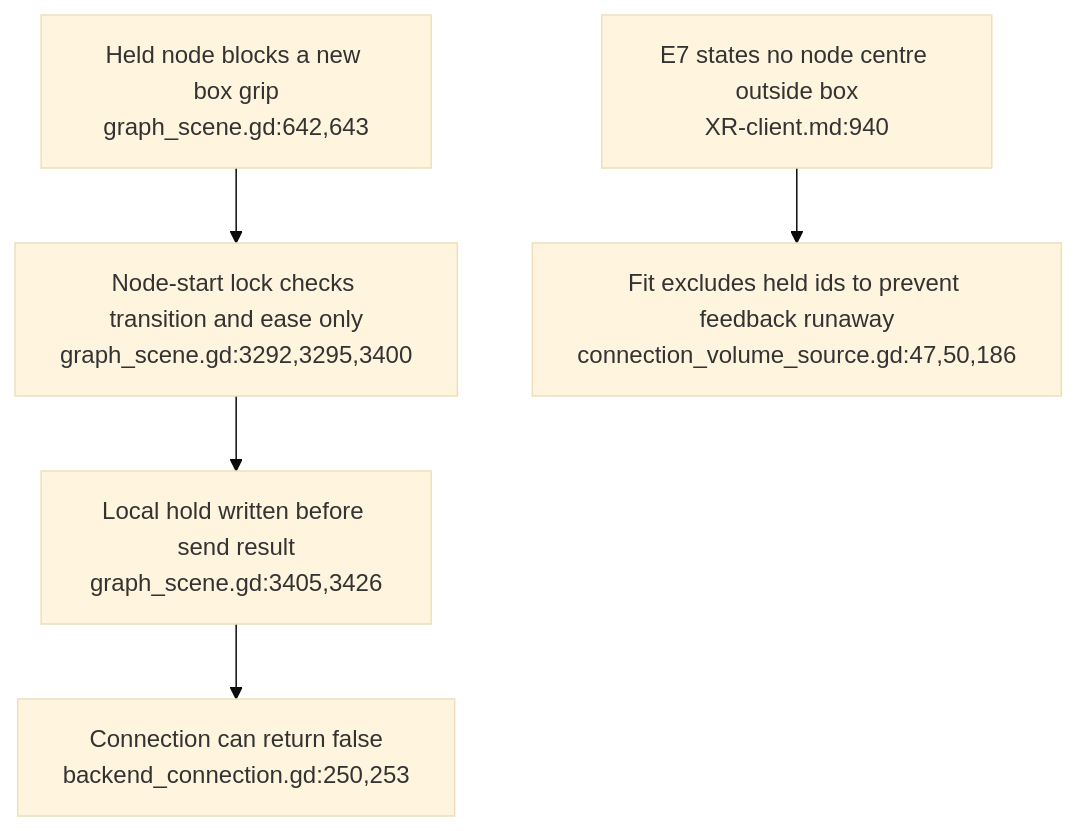
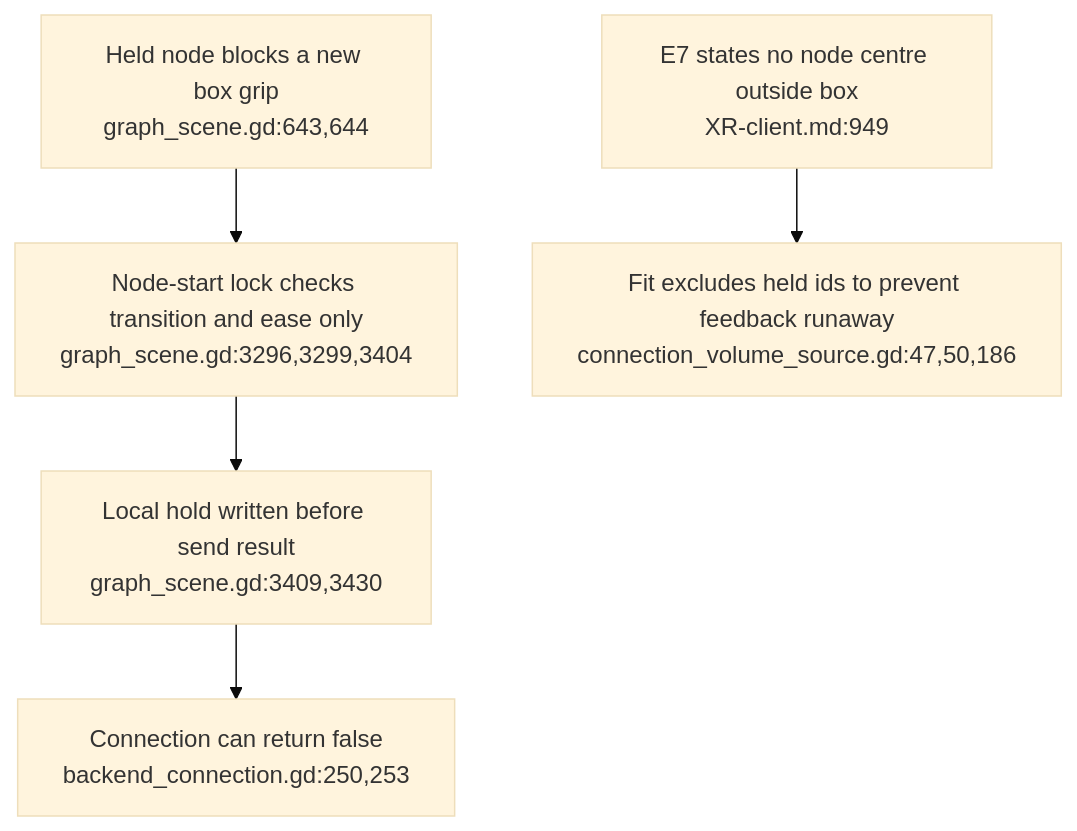
Before and after one commit to DreamLab-AI/VisionFlow: the fifth of 6 diagrams in docs/diagrams/visionclaw/53-xr-grab-lifetimes-and-input.md, drawn with Mermaid (base theme). The commit also changed other lines of this file and 173 other files, not shown here.

````diff
--- a/docs/diagrams/visionclaw/53-xr-grab-lifetimes-and-input.md
+++ b/docs/diagrams/visionclaw/53-xr-grab-lifetimes-and-input.md
@@ -77,7 +77,7 @@
 ```mermaid
 flowchart TD
-    HELD["Held node blocks a new box grip<br/>graph_scene.gd:642,643"] --> REVERSE["Node-start lock checks transition and ease only<br/>graph_scene.gd:3292,3295,3400"]
-    REVERSE --> LOCAL["Local hold written before send result<br/>graph_scene.gd:3405,3426"]
+    HELD["Held node blocks a new box grip<br/>graph_scene.gd:643,644"] --> REVERSE["Node-start lock checks transition and ease only<br/>graph_scene.gd:3296,3299,3404"]
+    REVERSE --> LOCAL["Local hold written before send result<br/>graph_scene.gd:3409,3430"]
     LOCAL --> SEND["Connection can return false<br/>backend_connection.gd:250,253"]
-    E7["E7 states no node centre outside box<br/>XR-client.md:940"] --> EXCLUDE["Fit excludes held ids to prevent feedback runaway<br/>connection_volume_source.gd:47,50,186"]
+    E7["E7 states no node centre outside box<br/>XR-client.md:949"] --> EXCLUDE["Fit excludes held ids to prevent feedback runaway<br/>connection_volume_source.gd:47,50,186"]
 ```
````
